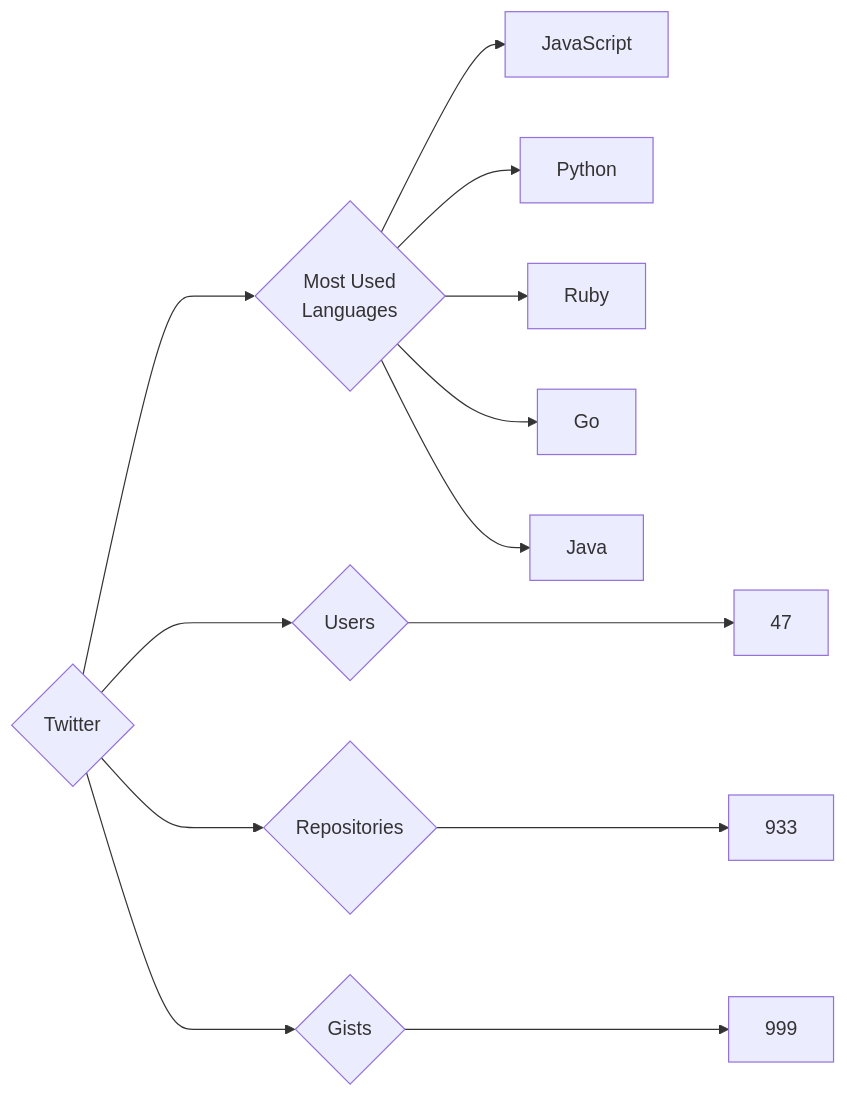
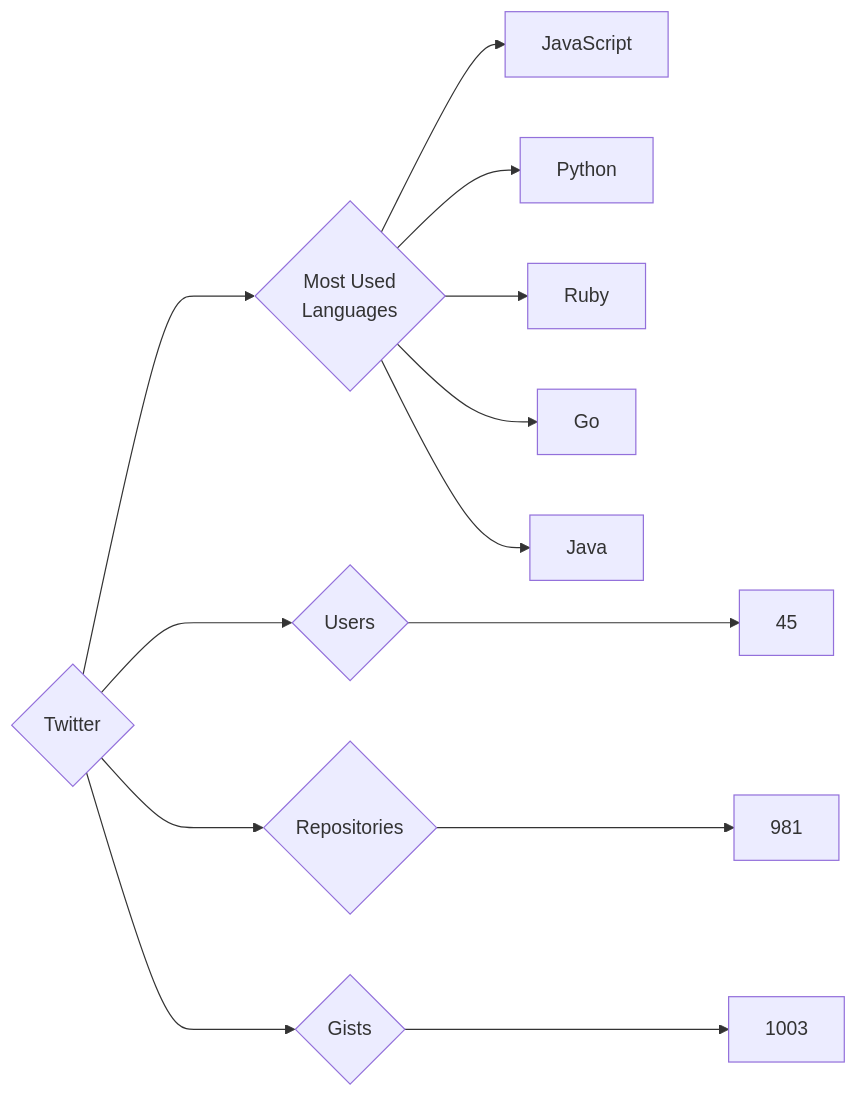
One commit to trickest/insiders changed the diagram in targets/Twitter/README.md. Above: the diagram before and after it, drawn with Mermaid. The commit also changed 912 other files, not shown here.

````diff
--- a/targets/Twitter/README.md
+++ b/targets/Twitter/README.md
@@ -3,13 +3,13 @@
 ```mermaid
 graph LR
 COMPANY_NAME{Twitter}
-COMPANY_NAME ---> U{Users} ---> UN[47]
-COMPANY_NAME ---> R{Repositories} ---> RN[933]
-COMPANY_NAME ---> G{Gists} ---> GN[999]
+COMPANY_NAME ---> U{Users} ---> UN[45]
+COMPANY_NAME ---> R{Repositories} ---> RN[981]
+COMPANY_NAME ---> G{Gists} ---> GN[1003]
 COMPANY_NAME ---> ML{Most Used<br>Languages}
 ML --> JavaScript[JavaScript]
 ML --> Python[Python]
 ML --> Ruby[Ruby]
 ML --> Go[Go]
 ML --> Java[Java]
 ```
````
